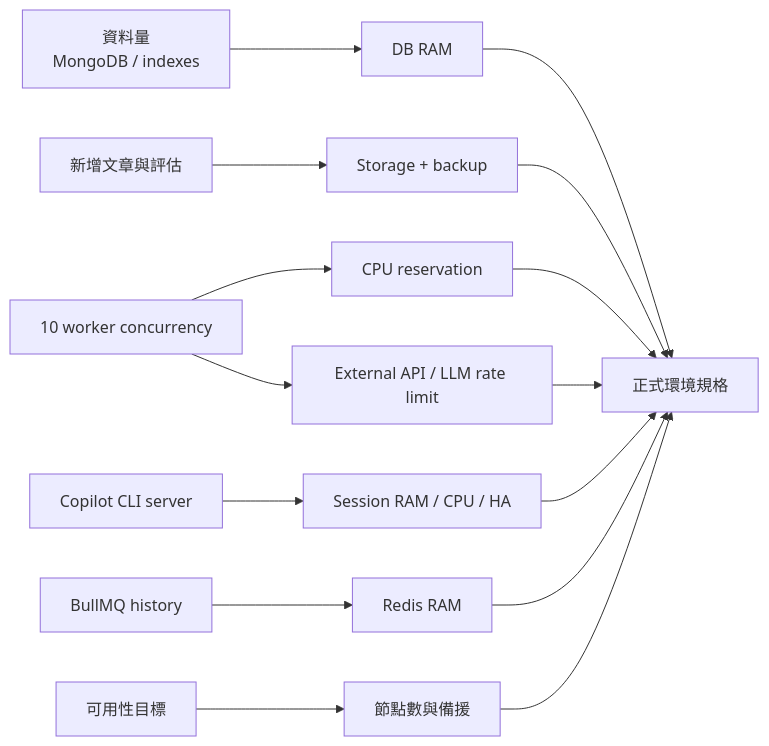
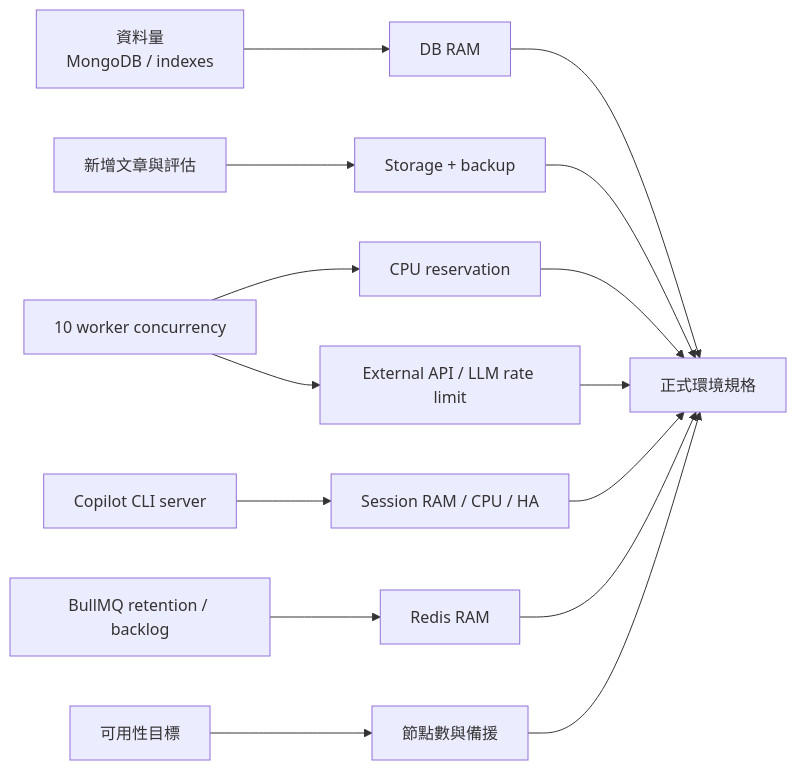
One commit to chunkai1312/temp changed the seventh of 16 diagrams in production-resource-architecture-proposal.md. Above: the diagram before and after it, drawn with Mermaid. The commit also changed other lines of this file, not shown here.

````diff
--- a/production-resource-architecture-proposal.md
+++ b/production-resource-architecture-proposal.md
@@ -303,17 +268,17 @@
 ```mermaid
 flowchart LR
   DATA["資料量\nMongoDB / indexes"] --> DBRAM["DB RAM"]
   GROWTH["新增文章與評估"] --> STORAGE["Storage + backup"]
   WORKERS["10 worker concurrency"] --> CPU["CPU reservation"]
   WORKERS --> API["External API / LLM rate limit"]
   CLI["Copilot CLI server"] --> CLIRAM["Session RAM / CPU / HA"]
-  QUEUE["BullMQ history"] --> REDISRAM["Redis RAM"]
+  QUEUE["BullMQ retention / backlog"] --> REDISRAM["Redis RAM"]
   HA["可用性目標"] --> NODES["節點數與備援"]
   DBRAM --> PLAN["正式環境規格"]
   STORAGE --> PLAN
   CPU --> PLAN
   API --> PLAN
   CLIRAM --> PLAN
   REDISRAM --> PLAN
   NODES --> PLAN
 ```
````
